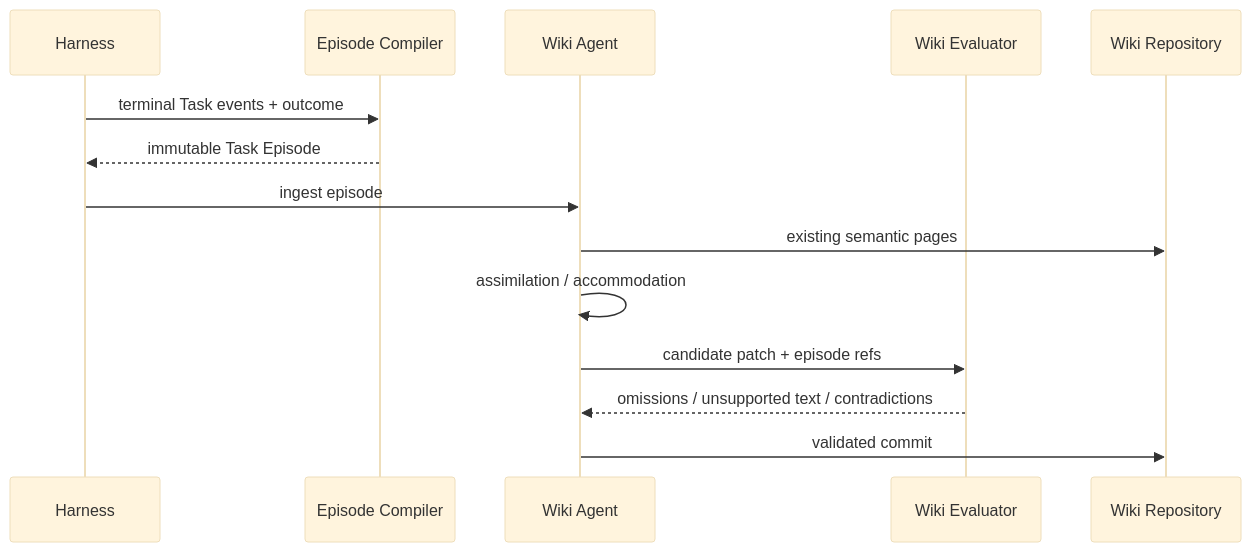
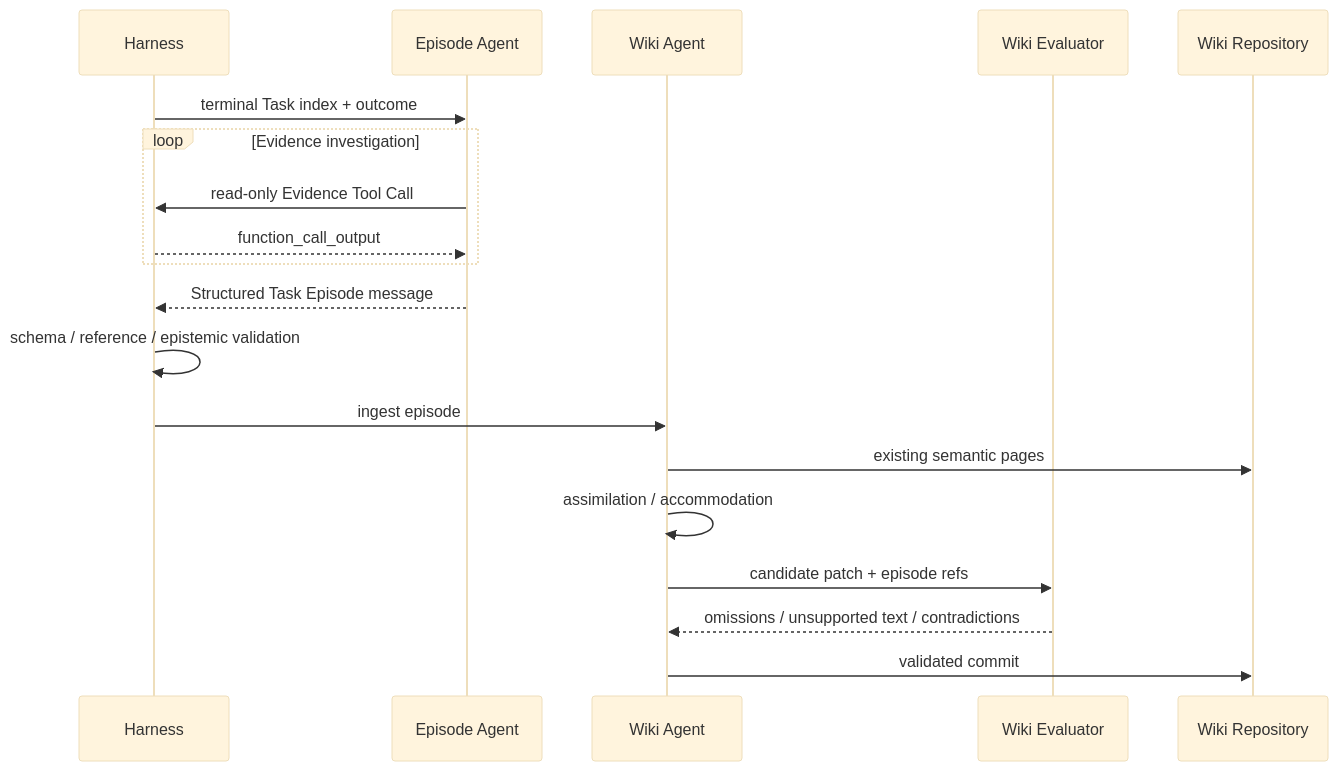
The diagram in docs/07-long-term-memory.md (autotaker/kakesu), drawn with Mermaid (base theme) before and after one commit. The commit also changed other lines of this file and 8 other files, not shown here.

Commit message:
Design multi-step episode agent

````diff
--- a/docs/07-long-term-memory.md
+++ b/docs/07-long-term-memory.md
@@ -276,17 +381,22 @@
 ```mermaid
 sequenceDiagram
     participant H as Harness
-    participant E as Episode Compiler
+    participant E as Episode Agent
     participant W as Wiki Agent
     participant V as Wiki Evaluator
     participant R as Wiki Repository
 
-    H->>E: terminal Task events + outcome
-    E-->>H: immutable Task Episode
+    H->>E: terminal Task index + outcome
+    loop Evidence investigation
+      E->>H: read-only Evidence Tool Call
+      H-->>E: function_call_output
+    end
+    E-->>H: Structured Task Episode message
+    H->>H: schema / reference / epistemic validation
     H->>W: ingest episode
     W->>R: existing semantic pages
     W->>W: assimilation / accommodation
     W->>V: candidate patch + episode refs
     V-->>W: omissions / unsupported text / contradictions
     W->>R: validated commit
 ```
````
